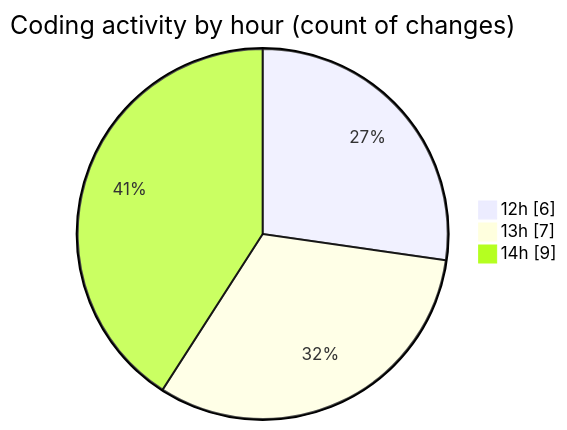
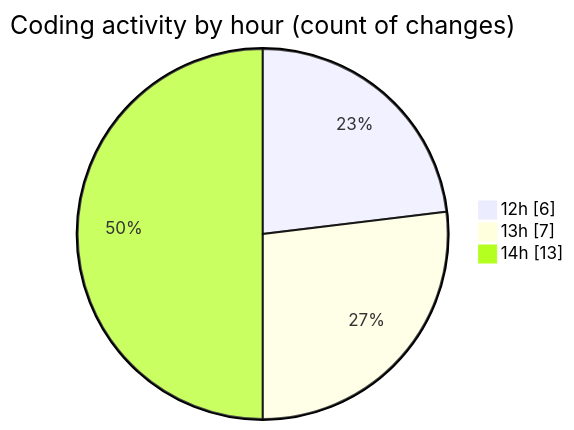
Before and after one commit to nxtqubesakshisongat/code-tracking: the second of 2 diagrams in 2025-05-26/nxtqube_webapp/README.md, drawn with Mermaid. The commit also changed other lines of this file and 1 other file, not shown here.

````diff
--- a/2025-05-26/nxtqube_webapp/README.md
+++ b/2025-05-26/nxtqube_webapp/README.md
@@ -28,7 +28,7 @@
 ```mermaid
 pie showData
 title Coding activity by hour (count of changes)
 "12h" : 6
 "13h" : 7
-"14h" : 9
+"14h" : 13
 ```
````
